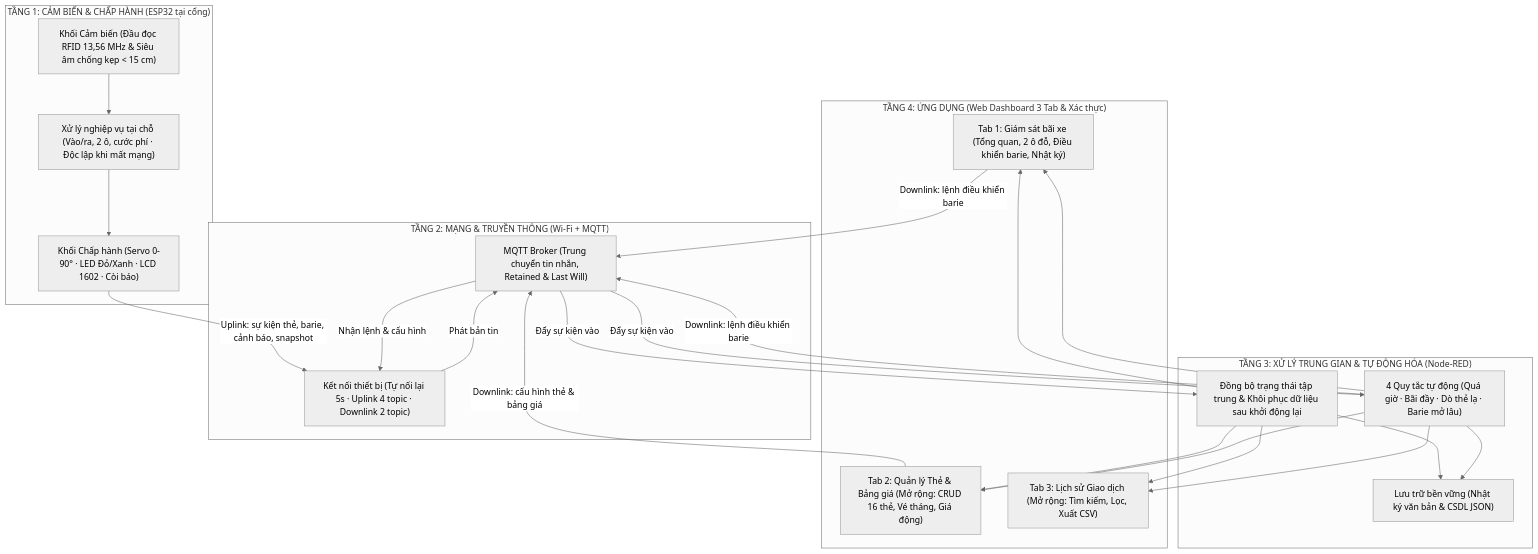
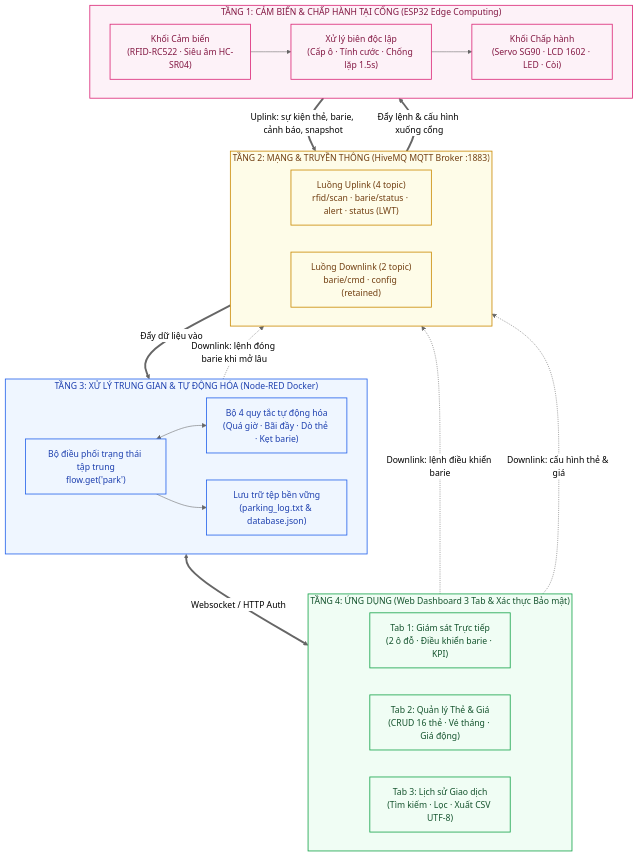
The second of 5 diagrams in docs/BAO_CAO_TIEU_LUAN_HOAN_CHINH.md (Tthoong129/IOT_Nhom4), drawn with Mermaid (neutral theme) before and after one commit. The commit also changed other lines of this file and 1 other file, not shown here.

Commit message:
docs: redesign Chapter 3 diagrams to compact 16:9 layout with html viewer

````diff
--- a/docs/BAO_CAO_TIEU_LUAN_HOAN_CHINH.md
+++ b/docs/BAO_CAO_TIEU_LUAN_HOAN_CHINH.md
@@ -314,35 +330,51 @@
 ```mermaid
-flowchart TD
-    subgraph L4["TẦNG 4: ỨNG DỤNG (Web Dashboard 3 Tab & Xác thực)"]
-        T1["Tab 1: Giám sát bãi xe (Tổng quan, 2 ô đỗ, Điều khiển barie, Nhật ký)"]
-        T2["Tab 2: Quản lý Thẻ & Bảng giá (Mở rộng: CRUD 16 thẻ, Vé tháng, Giá động)"]
-        T3["Tab 3: Lịch sử Giao dịch (Mở rộng: Tìm kiếm, Lọc, Xuất CSV)"]
+flowchart TB
+    subgraph L4["TẦNG 4: ỨNG DỤNG (Web Dashboard 3 Tab & Xác thực Bảo mật)"]
+        direction LR
+        T1["Tab 1: Giám sát Trực tiếp<br/>(2 ô đỗ · Điều khiển barie · KPI)"]
+        T2["Tab 2: Quản lý Thẻ & Giá<br/>(CRUD 16 thẻ · Vé tháng · Giá động)"]
+        T3["Tab 3: Lịch sử Giao dịch<br/>(Tìm kiếm · Lọc · Xuất CSV UTF-8)"]
     end
 
-    subgraph L3["TẦNG 3: XỬ LÝ TRUNG GIAN & TỰ ĐỘNG HÓA (Node-RED)"]
-        SYNC["Đồng bộ trạng thái tập trung & Khôi phục dữ liệu sau khởi động lại"]
-        RULES["4 Quy tắc tự động (Quá giờ · Bãi đầy · Dò thẻ lạ · Barie mở lâu)"]
-        STORE["Lưu trữ bền vững (Nhật ký văn bản & CSDL JSON)"]
+    subgraph L3["TẦNG 3: XỬ LÝ TRUNG GIAN & TỰ ĐỘNG HÓA (Node-RED Docker)"]
+        direction LR
+        M1["Bộ điều phối trạng thái tập trung<br/>flow.get('park')"]
+        M2["Bộ 4 quy tắc tự động hóa<br/>(Quá giờ · Bãi đầy · Dò thẻ · Kẹt barie)"]
+        M3["Lưu trữ tệp bền vững<br/>(parking_log.txt & database.json)"]
     end
 
-    subgraph L2["TẦNG 2: MẠNG & TRUYỀN THÔNG (Wi-Fi + MQTT)"]
-        BROKER["MQTT Broker (Trung chuyển tin nhắn, Retained & Last Will)"]
-        NET["Kết nối thiết bị (Tự nối lại 5s · Uplink 4 topic · Downlink 2 topic)"]
+    subgraph L2["TẦNG 2: MẠNG & TRUYỀN THÔNG (HiveMQ MQTT Broker :1883)"]
+        direction LR
+        UP["Luồng Uplink (4 topic)<br/>rfid/scan · barie/status · alert · status (LWT)"]
+        DN["Luồng Downlink (2 topic)<br/>barie/cmd · config (retained)"]
     end
 
-    subgraph L1["TẦNG 1: CẢM BIẾN & CHẤP HÀNH (ESP32 tại cổng)"]
-        SENS["Khối Cảm biến (Đầu đọc RFID 13,56 MHz & Siêu âm chống kẹp < 15 cm)"]
-        EDGE["Xử lý nghiệp vụ tại chỗ (Vào/ra, 2 ô, cước phí · Độc lập khi mất mạng)"]
-        ACT["Khối Chấp hành (Servo 0-90° · LED Đỏ/Xanh · LCD 1602 · Còi báo)"]
+    subgraph L1["TẦNG 1: CẢM BIẾN & CHẤP HÀNH TẠI CỔNG (ESP32 Edge Computing)"]
+        direction LR
+        E1["Khối Cảm biến<br/>(RFID-RC522 · Siêu âm HC-SR04)"]
+        E2["Xử lý biên độc lập<br/>(Cấp ô · Tính cước · Chống lặp 1.5s)"]
+        E3["Khối Chấp hành<br/>(Servo SG90 · LCD 1602 · LED · Còi)"]
     end
 
-    SENS --> EDGE --> ACT
-    ACT -->|"Uplink: sự kiện thẻ, barie, cảnh báo, snapshot"| NET
-    NET -->|"Phát bản tin"| BROKER
-    BROKER -->|"Đẩy sự kiện vào"| SYNC & RULES
-    SYNC & RULES --> STORE
-    SYNC & RULES --> T1 & T2 & T3
-    T1 & RULES -->|"Downlink: lệnh điều khiển barie"| BROKER
-    T2 -->|"Downlink: cấu hình thẻ & bảng giá"| BROKER
-    BROKER -->|"Nhận lệnh & cấu hình"| NET
+    %% Luồng liên kết hai chiều mạch lạc
+    E1 --> E2 --> E3
+    E3 ==>|"Uplink: sự kiện thẻ, barie, cảnh báo, snapshot"| UP
+    UP ==>|"Đẩy dữ liệu vào"| M1
+    M1 <--> M2
+    M1 --> M3
+    M1 <==>|"Websocket / HTTP Auth"| L4
+    T1 -.->|"Downlink: lệnh điều khiển barie"| DN
+    T2 -.->|"Downlink: cấu hình thẻ & giá"| DN
+    M2 -.->|"Downlink: lệnh đóng barie khi mở lâu"| DN
+    DN ==>|"Đẩy lệnh & cấu hình xuống cổng"| E2
+
+    classDef l4Style fill:#f0fdf4,stroke:#16a34a,stroke-width:1.5px,color:#14532d;
+    classDef l3Style fill:#eff6ff,stroke:#2563eb,stroke-width:1.5px,color:#1e40af;
+    classDef l2Style fill:#fefce8,stroke:#ca8a04,stroke-width:1.5px,color:#713f12;
+    classDef l1Style fill:#fdf2f8,stroke:#db2777,stroke-width:1.5px,color:#831843;
+
+    class L4,T1,T2,T3 l4Style;
+    class L3,M1,M2,M3 l3Style;
+    class L2,UP,DN l2Style;
+    class L1,E1,E2,E3 l1Style;
 ```
````
